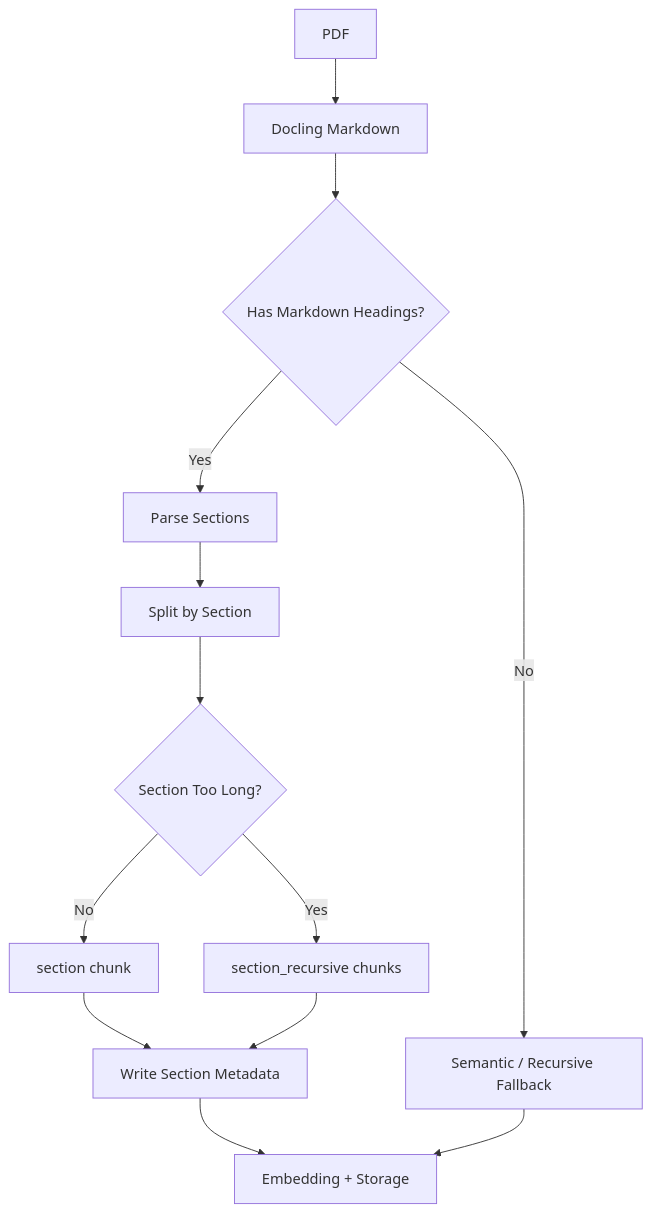
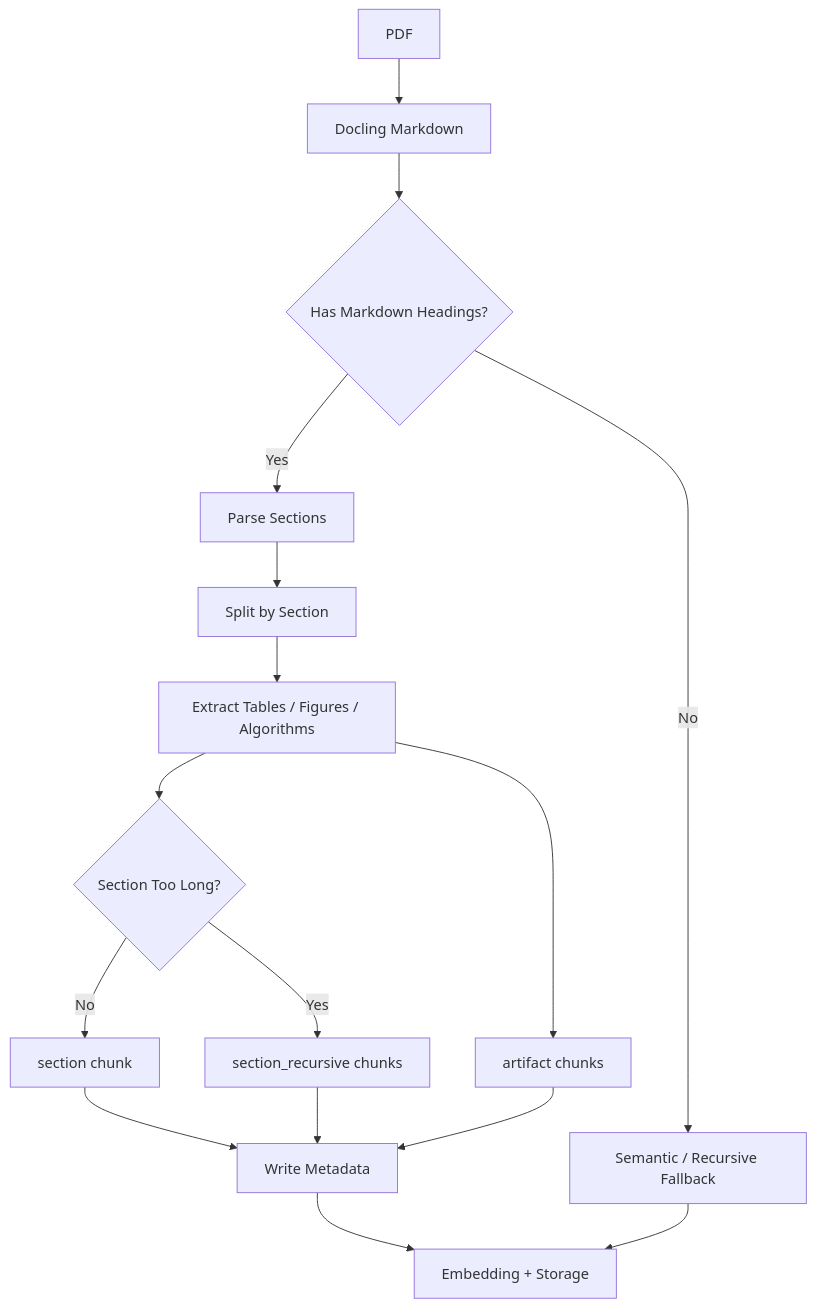
Before and after one commit to zebir-sir/agentic-rag-paper-assistant: the seventh of 7 diagrams in README.md, drawn with Mermaid. The commit also changed other lines of this file and 32 other files, not shown here.

````diff
--- a/README.md
+++ b/README.md
@@ -214,15 +304,18 @@
 ```mermaid
 flowchart TD
     A[PDF] --> B[Docling Markdown]
     B --> C{Has Markdown Headings?}
     C -- Yes --> D[Parse Sections]
     D --> E[Split by Section]
-    E --> F{Section Too Long?}
-    F -- No --> G[section chunk]
-    F -- Yes --> H[section_recursive chunks]
-    G --> I[Write Section Metadata]
-    H --> I
-    C -- No --> J[Semantic / Recursive Fallback]
-    I --> K[Embedding + Storage]
+    E --> F[Extract Tables / Figures / Algorithms]
+    F --> G{Section Too Long?}
+    G -- No --> H[section chunk]
+    G -- Yes --> I[section_recursive chunks]
+    F --> J[artifact chunks]
+    H --> K[Write Metadata]
+    I --> K
     J --> K
+    C -- No --> L[Semantic / Recursive Fallback]
+    K --> M[Embedding + Storage]
+    L --> M
 ```
````
